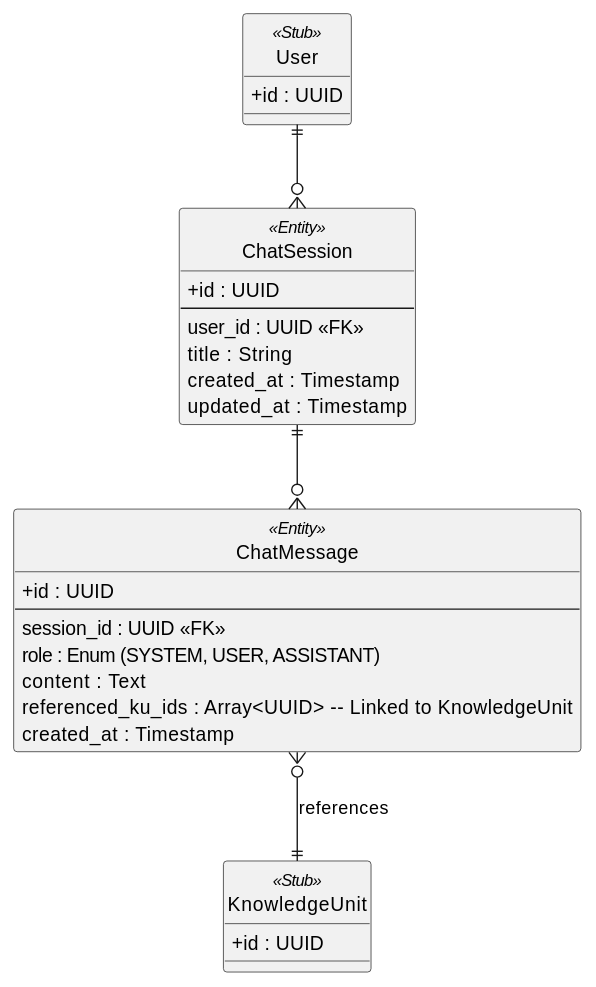
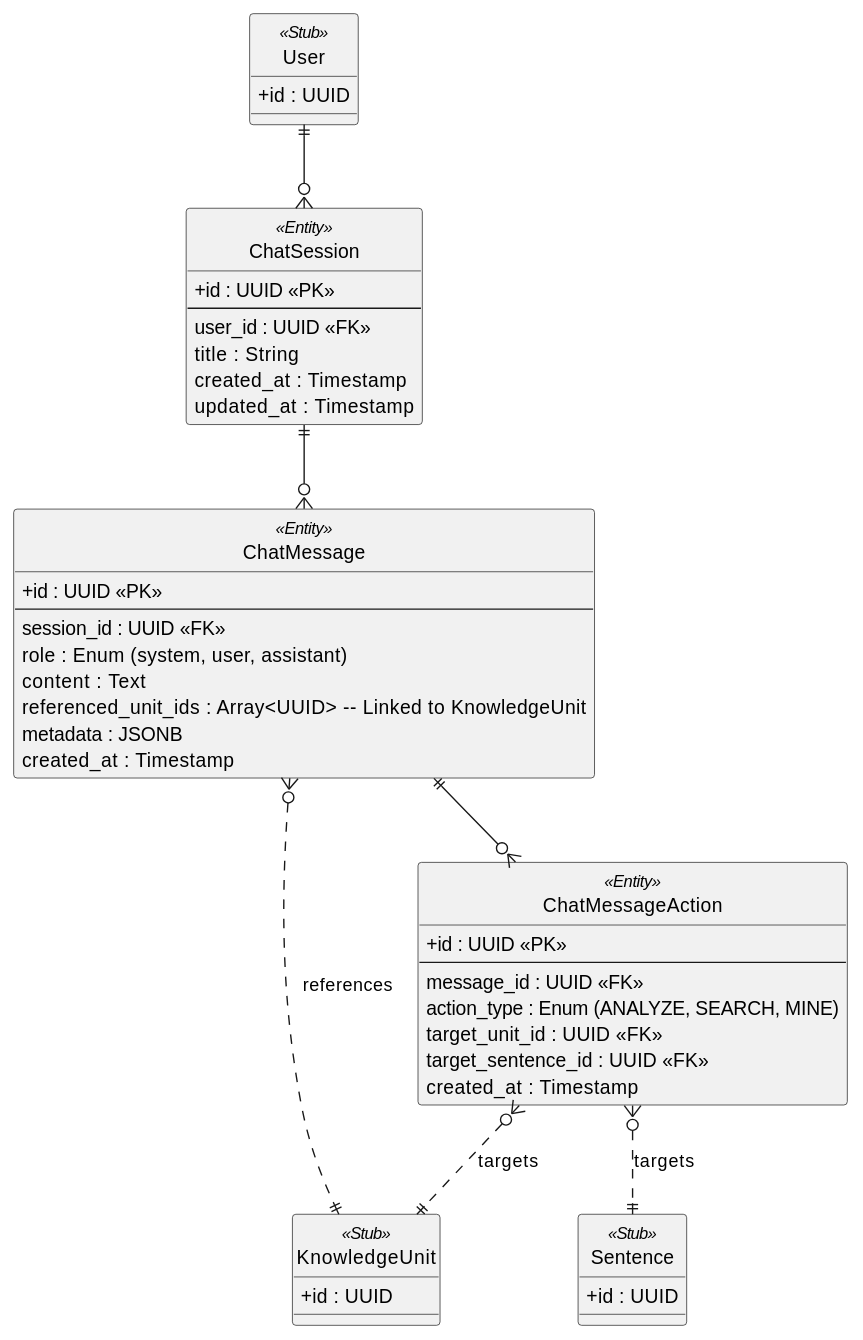
Before and after one commit to anhtranguyen-github/Hanachan: the diagram in docs/er/assistant-er.md, drawn with PlantUML. The commit also changed other lines of this file and 41 other files, not shown here.

````diff
--- a/docs/er/assistant-er.md
+++ b/docs/er/assistant-er.md
@@ -3,49 +5,66 @@
 ```plantuml
 @startuml
 skinparam packageStyle rectangle
 skinparam classAttributeIconSize 0
 hide circle
 
 ' ==========================================
 ' STUBS FROM OTHER DOMAINS
 ' ==========================================
 class User <<Stub>> {
   + id : UUID
 }
 class KnowledgeUnit <<Stub>> {
   + id : UUID
 }
+class Sentence <<Stub>> {
+  + id : UUID
+}
 
 ' ==========================================
 ' CHAT SYSTEM
 ' ==========================================
 class ChatSession <<Entity>> {
-  + id : UUID
+  + id : UUID <<PK>>
   --
   user_id : UUID <<FK>>
   title : String
   created_at : Timestamp
   updated_at : Timestamp
 }
 
 class ChatMessage <<Entity>> {
-  + id : UUID
+  + id : UUID <<PK>>
   --
   session_id : UUID <<FK>>
-  role : Enum (SYSTEM, USER, ASSISTANT)
+  role : Enum (system, user, assistant)
   content : Text
-  referenced_ku_ids : Array<UUID> -- Linked to KnowledgeUnit
+  referenced_unit_ids : Array<UUID> -- Linked to KnowledgeUnit
+  metadata : JSONB
   created_at : Timestamp
 }
 
-' (Bridge removed to match physical array column)
+class ChatMessageAction <<Entity>> {
+  + id : UUID <<PK>>
+  --
+  message_id : UUID <<FK>>
+  action_type : Enum (ANALYZE, SEARCH, MINE)
+  target_unit_id : UUID <<FK>>
+  target_sentence_id : UUID <<FK>>
+  created_at : Timestamp
+}
 
 ' ==========================================
 ' CONNECTIONS
 ' ==========================================
 User ||--o{ ChatSession
 ChatSession ||--o{ ChatMessage
-ChatMessage }o--|| KnowledgeUnit : "references"
+ChatMessage ||--o{ ChatMessageAction
+
+' External Links
+ChatMessageAction }o..|| KnowledgeUnit : "targets"
+ChatMessageAction }o..|| Sentence : "targets"
+ChatMessage }o..|| KnowledgeUnit : "references"
 
 @enduml
 ```
````
